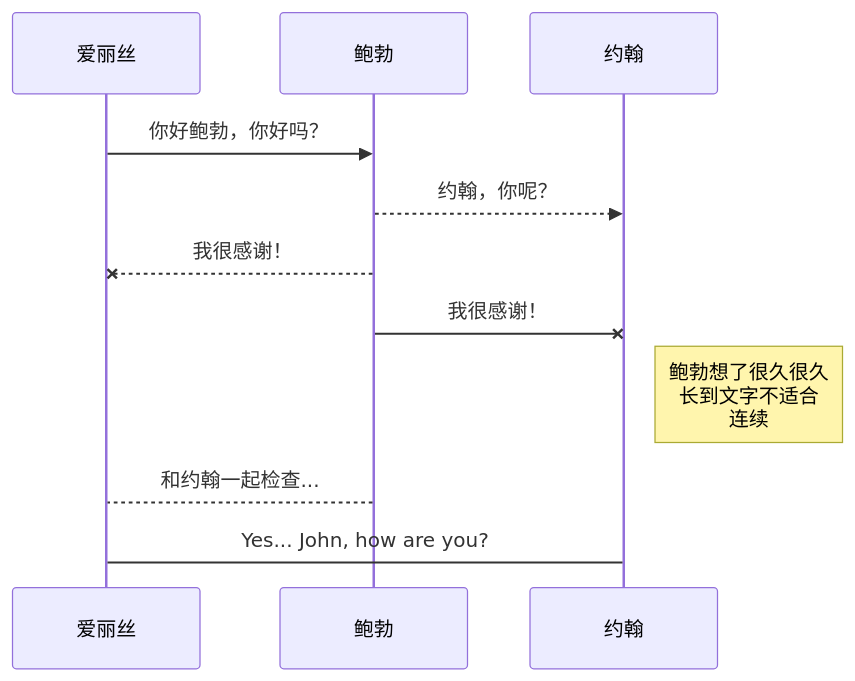
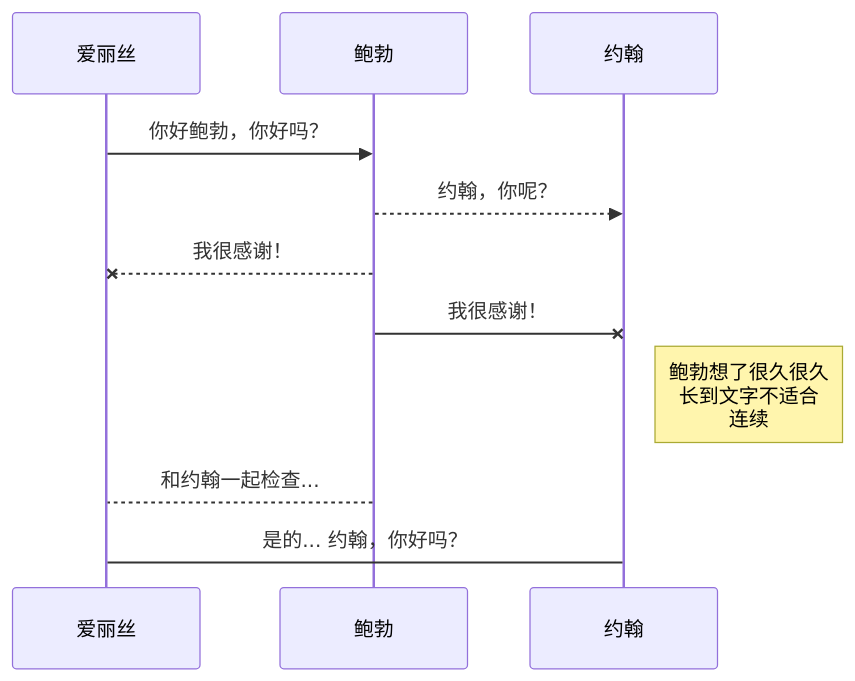
The second of 4 diagrams in 帮助.md (RisunJiang/notebook), drawn with Mermaid before and after one commit. The commit also changed other lines of this file, not shown here.

````diff
--- a/帮助.md
+++ b/帮助.md
@@ -138,11 +138,11 @@
 ```mermaid
 sequenceDiagram
 爱丽丝 ->> 鲍勃: 你好鲍勃，你好吗？
 鲍勃-->>约翰: 约翰，你呢？
 鲍勃--x 爱丽丝: 我很感谢！
 鲍勃-x 约翰: 我很感谢！
 Note right of 约翰: 鲍勃想了很久很久<br/>长到文字不适合<br/>连续
 
 鲍勃-->爱丽丝: 和约翰一起检查...
-爱丽丝->约翰: Yes... John, how are you?
+爱丽丝->约翰: 是的... 约翰，你好吗？
 ```
````
